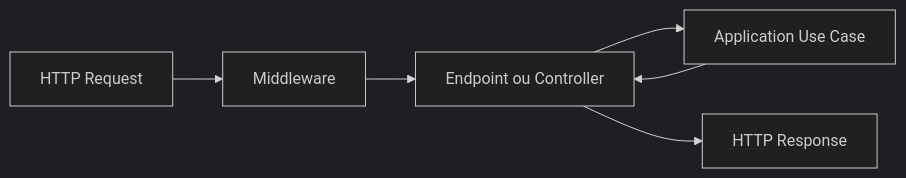
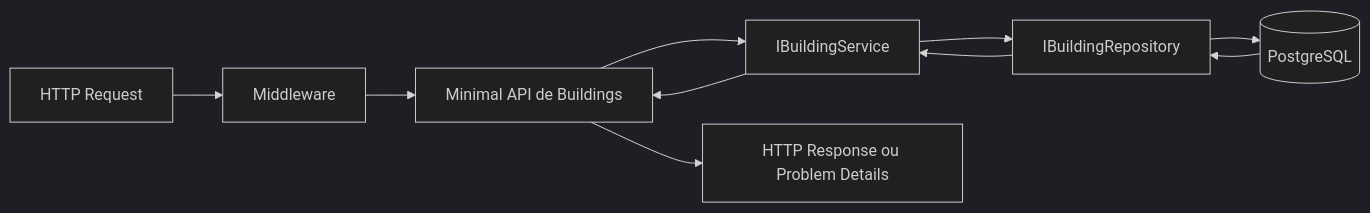
The diagram in Docs/api-layer.md (alexandrepd/smart-building-access), drawn with Mermaid (dark theme) before and after one commit. The commit also changed other lines of this file and 31 other files, not shown here.

````diff
--- a/Docs/api-layer.md
+++ b/Docs/api-layer.md
@@ -80,8 +83,12 @@
 ```mermaid
 flowchart LR
     Request[HTTP Request] --> Middleware[Middleware]
-    Middleware --> Endpoint[Endpoint ou Controller]
-    Endpoint --> App[Application Use Case]
-    App --> Endpoint
-    Endpoint --> Response[HTTP Response]
+  Middleware --> Endpoint[Minimal API de Buildings]
+  Endpoint --> App[IBuildingService]
+  App --> Repo[IBuildingRepository]
+  Repo --> PostgreSQL[(PostgreSQL)]
+  PostgreSQL --> Repo
+  Repo --> App
+  App --> Endpoint
+  Endpoint --> Response[HTTP Response ou Problem Details]
 ```
````
